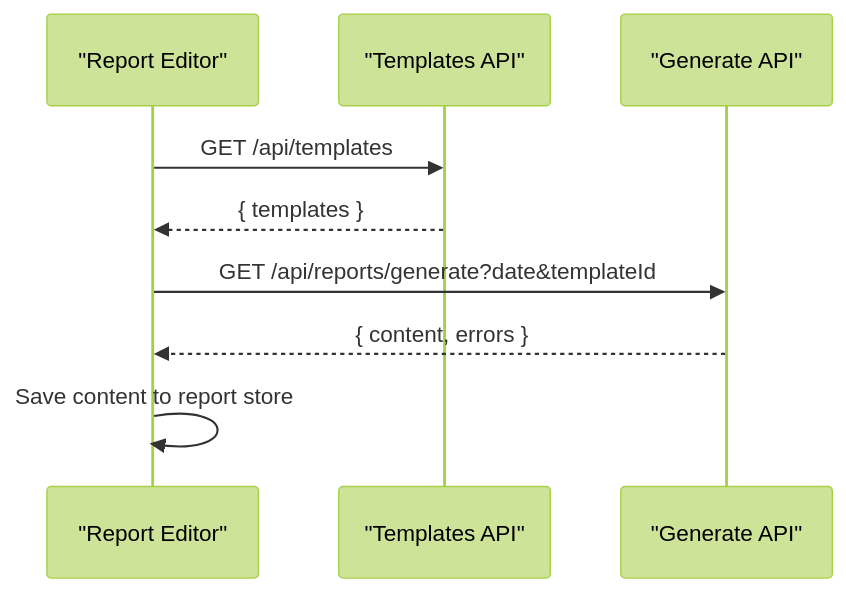
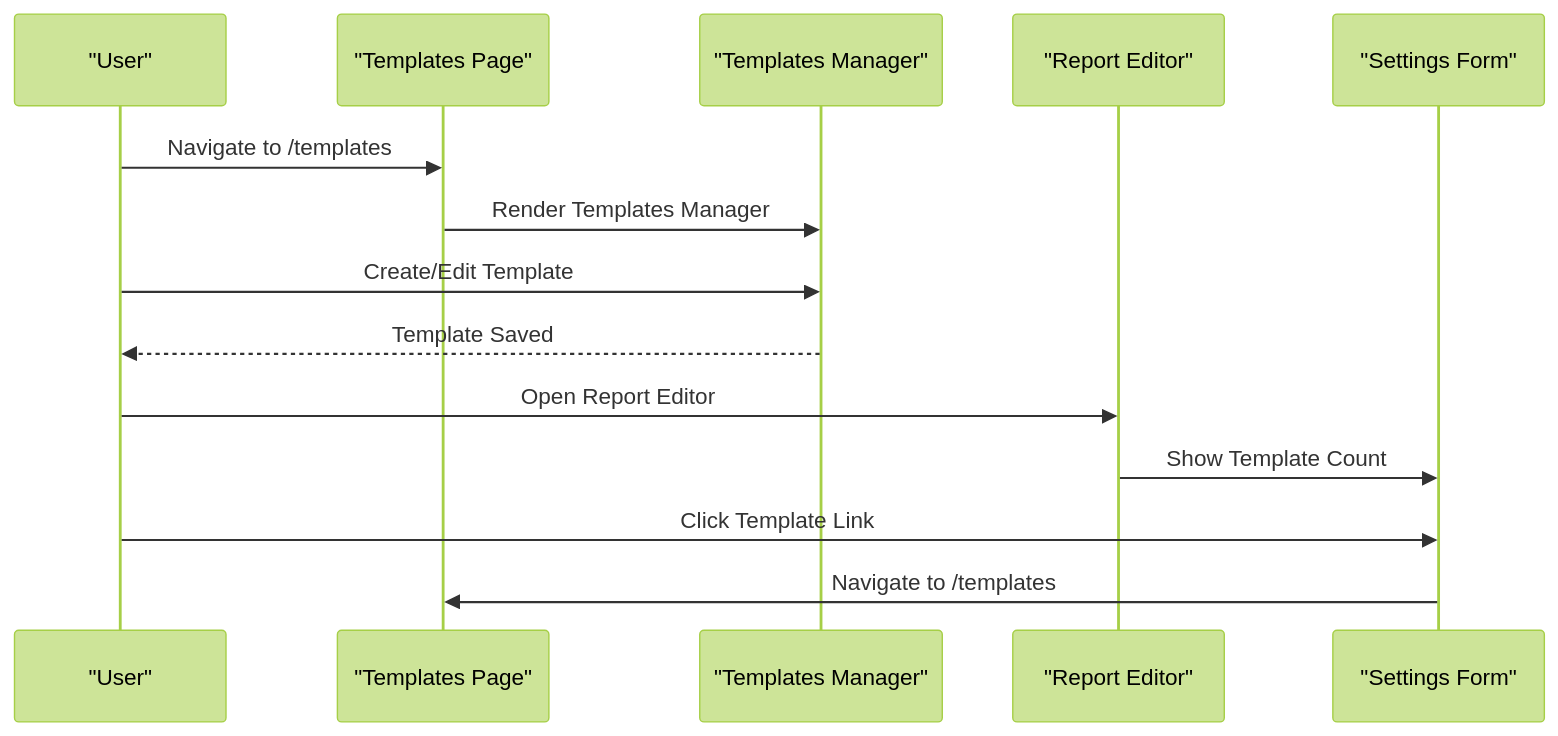
The seventh of 9 diagrams in .qoder/repowiki/en/content/Settings and Configuration/Template Management.md (jrj444/git-daily), drawn with Mermaid (forest theme) before and after one commit. The commit also changed other lines of this file and 26 other files, not shown here.

````diff
--- a/.qoder/repowiki/en/content/Settings and Configuration/Template Management.md
+++ b/.qoder/repowiki/en/content/Settings and Configuration/Template Management.md
@@ -233,11 +376,16 @@
 ```mermaid
 sequenceDiagram
-participant Editor as "Report Editor"
-participant TAPI as "Templates API"
-participant GAPI as "Generate API"
-Editor->>TAPI : GET /api/templates
-TAPI-->>Editor : { templates }
-Editor->>GAPI : GET /api/reports/generate?date&templateId
-GAPI-->>Editor : { content, errors }
-Editor->>Editor : Save content to report store
+participant User as "User"
+participant TP as "Templates Page"
+participant TM as "Templates Manager"
+participant RE as "Report Editor"
+participant SF as "Settings Form"
+User->>TP : Navigate to /templates
+TP->>TM : Render Templates Manager
+User->>TM : Create/Edit Template
+TM-->>User : Template Saved
+User->>RE : Open Report Editor
+RE->>SF : Show Template Count
+User->>SF : Click Template Link
+SF->>TP : Navigate to /templates
 ```
````
